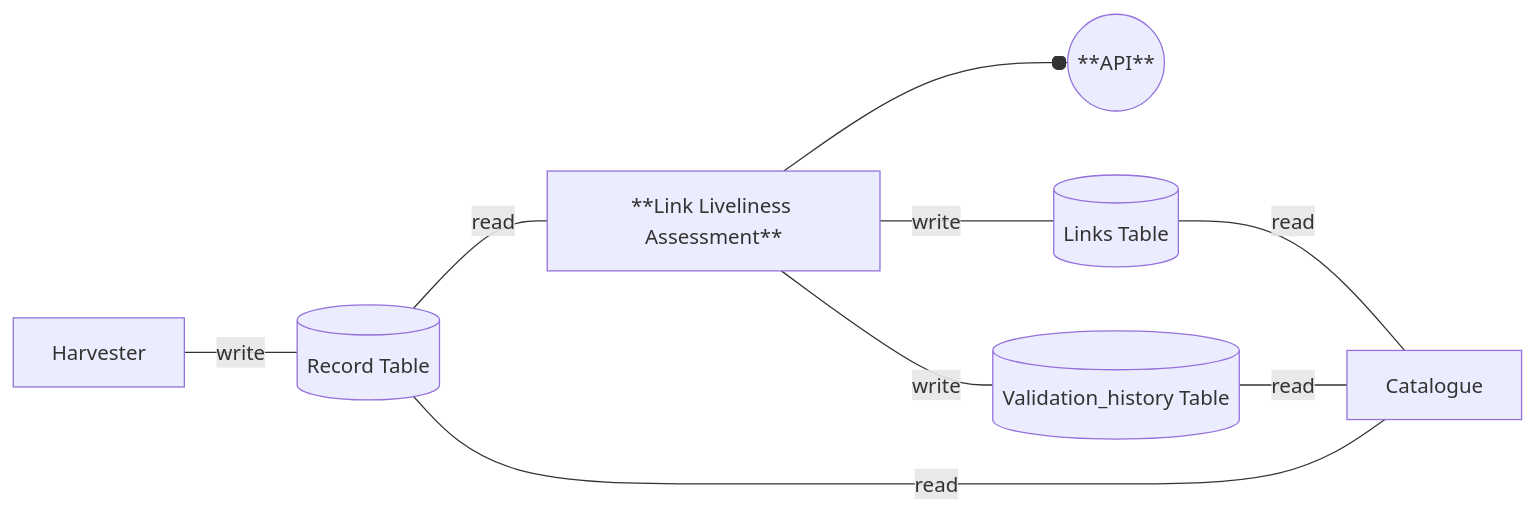
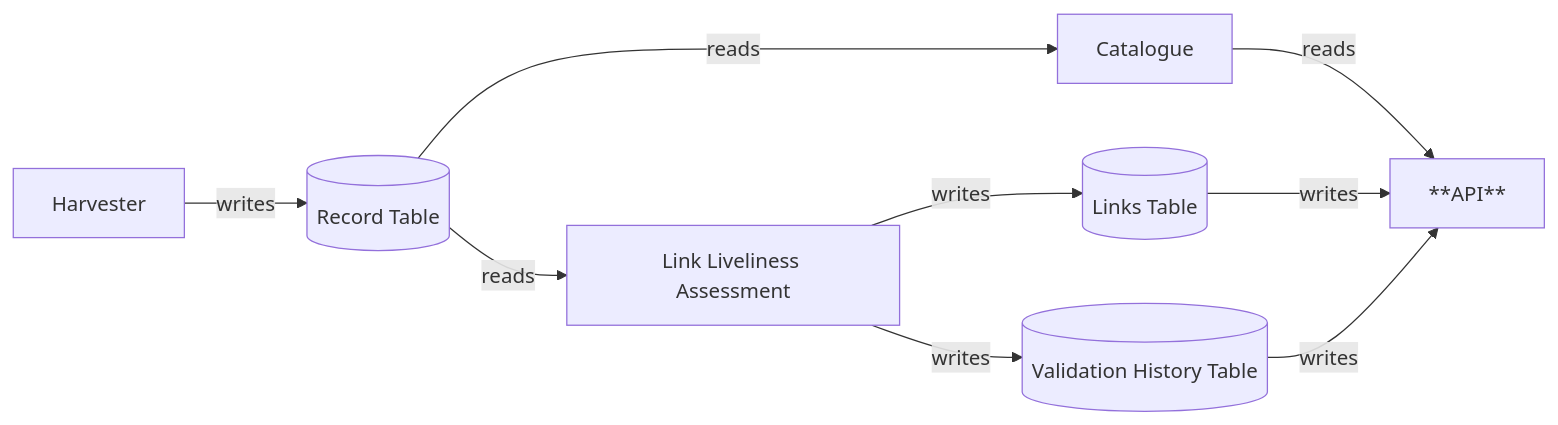
One commit to soilwise-he/link-liveliness-assessment changed the first of 3 diagrams in docs/design.md. Above: the diagram before and after it, drawn with Mermaid. The commit also changed other lines of this file, not shown here.

````diff
--- a/docs/design.md
+++ b/docs/design.md
@@ -88,11 +87,11 @@
 ```mermaid
 flowchart LR
-    H[Harvester]-- write ---MR[(Record Table)]
-    MR-- read ---LAA[**Link Liveliness Assessment**]
-    LAA --o API((**API**))
-    MR-- read ---CA[Catalogue]
-    LAA-- write ---LLAL[(Links Table)]
-    LAA-- write ---LLAVH[(Validation_history Table)]
-    LLAL-- read ---CA
-    LLAVH-- read ---CA
+    H["Harvester"]-- "writes" -->MR[("Record Table")]
+    MR-- "reads" -->LAA["Link Liveliness Assessment"]
+    MR-- "reads" -->CA["Catalogue"]
+    LAA-- "writes" -->LLAL[("Links Table")]
+    LAA-- "writes" -->LLAVH[("Validation History Table")]
+    CA-- "reads" -->API["**API**"]
+    LLAL-- "writes" -->API
+    LLAVH-- "writes" -->API
 ```
````
